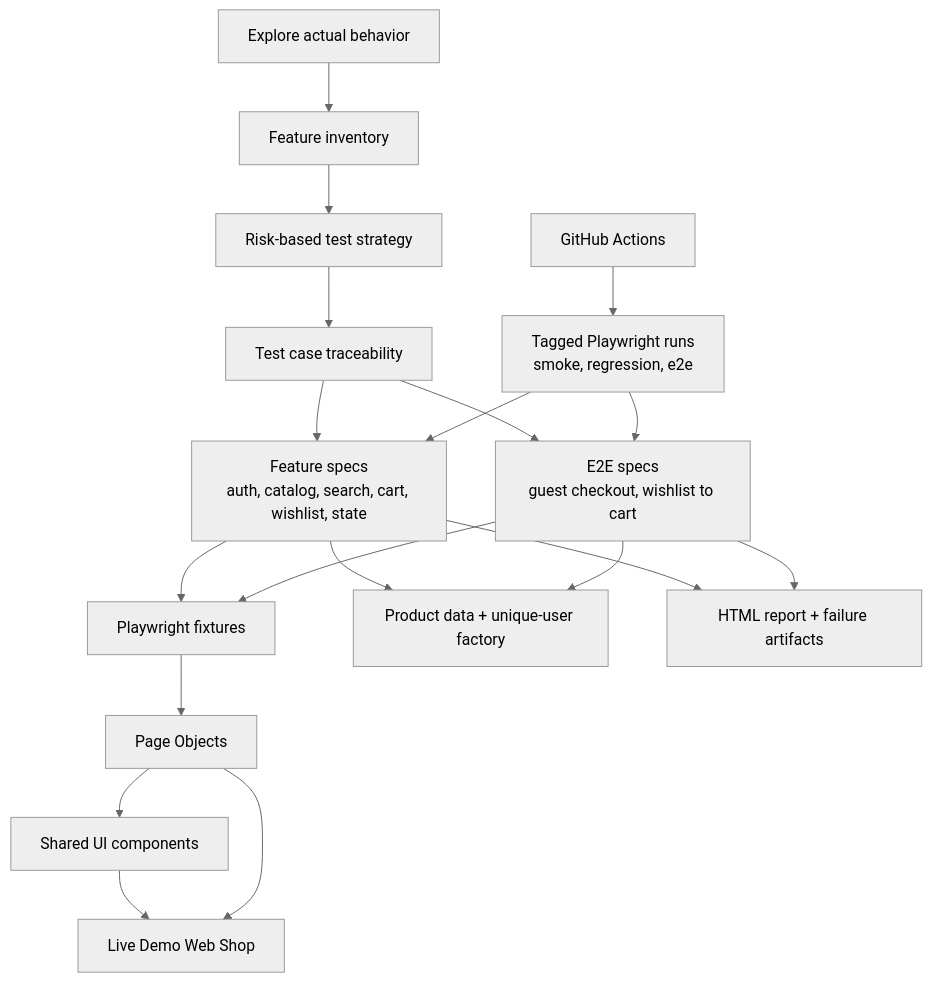
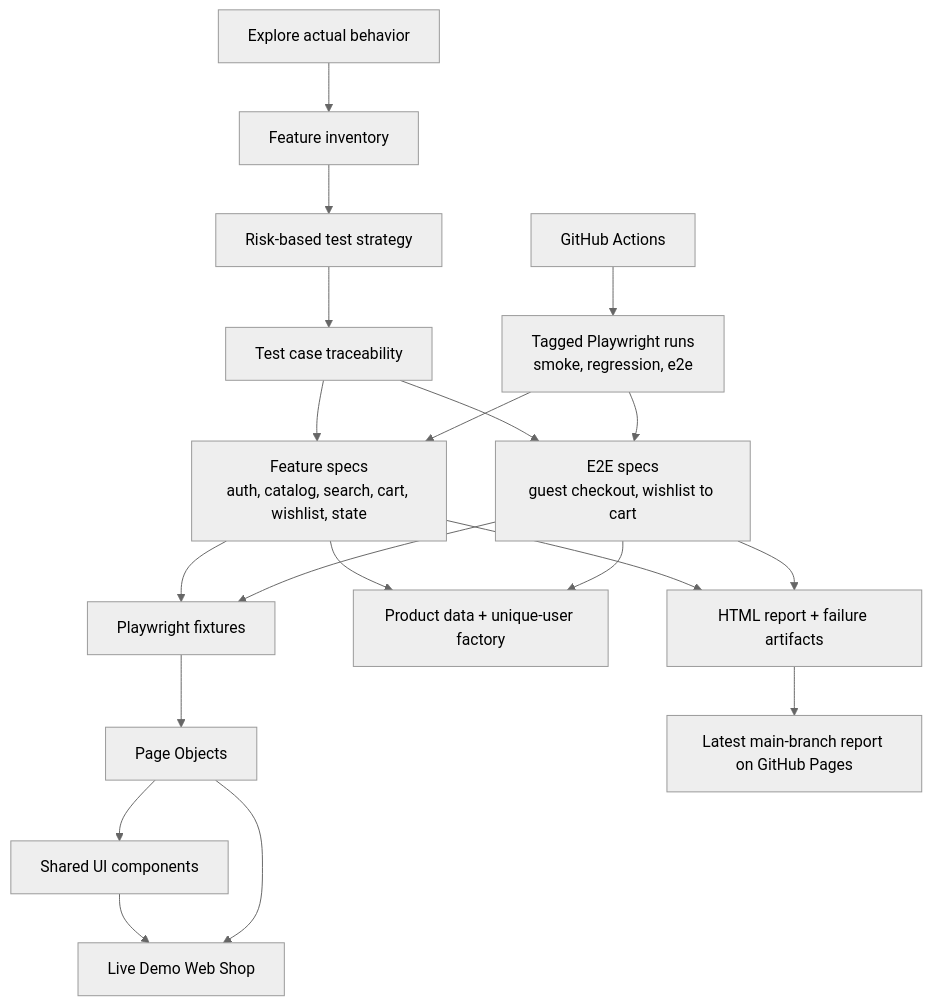
One commit to kushagrasinha123ks/webshop-tricentis-playwright changed the diagram in README.md. Above: the diagram before and after it, drawn with Mermaid (neutral theme). The commit also changed other lines of this file and 1 other file, not shown here.

Commit message:
Publish Playwright report to GitHub Pages

````diff
--- a/README.md
+++ b/README.md
@@ -5,21 +5,22 @@
 ```mermaid
 flowchart TB
     SHOP["Live Demo Web Shop"]
     EXP["Explore actual behavior"] --> INV["Feature inventory"] --> STR["Risk-based test strategy"]
     STR --> CASE["Test case traceability"]
     CASE --> FEAT["Feature specs<br/>auth, catalog, search, cart, wishlist, state"]
     CASE --> E2E["E2E specs<br/>guest checkout, wishlist to cart"]
     CI["GitHub Actions"] --> RUN["Tagged Playwright runs<br/>smoke, regression, e2e"]
     RUN --> FEAT
     RUN --> E2E
     FEAT --> FIX["Playwright fixtures"]
     E2E --> FIX
     FIX --> POM["Page Objects"]
     POM --> COMP["Shared UI components"]
     FEAT --> DATA["Product data + unique-user factory"]
     E2E --> DATA
     COMP --> SHOP
     POM --> SHOP
     FEAT --> REPORT["HTML report + failure artifacts"]
     E2E --> REPORT
+    REPORT --> PAGES["Latest main-branch report on GitHub Pages"]
 ```
````
